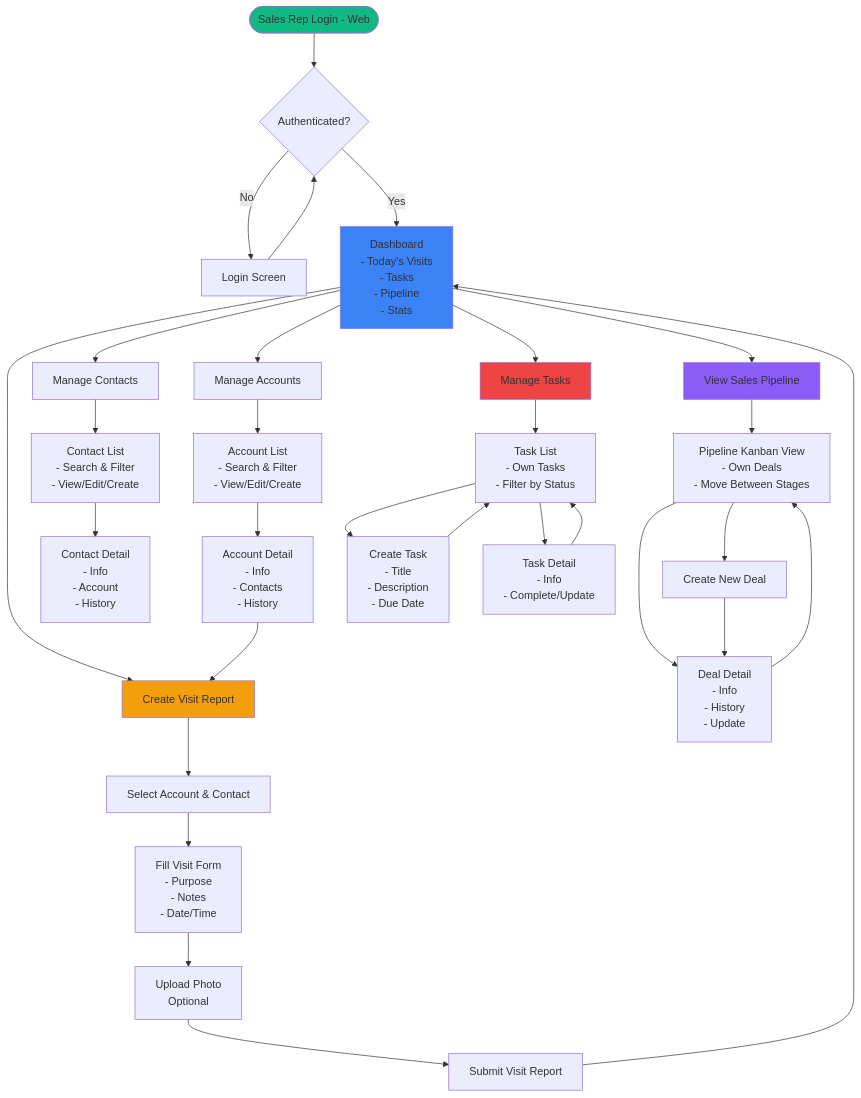
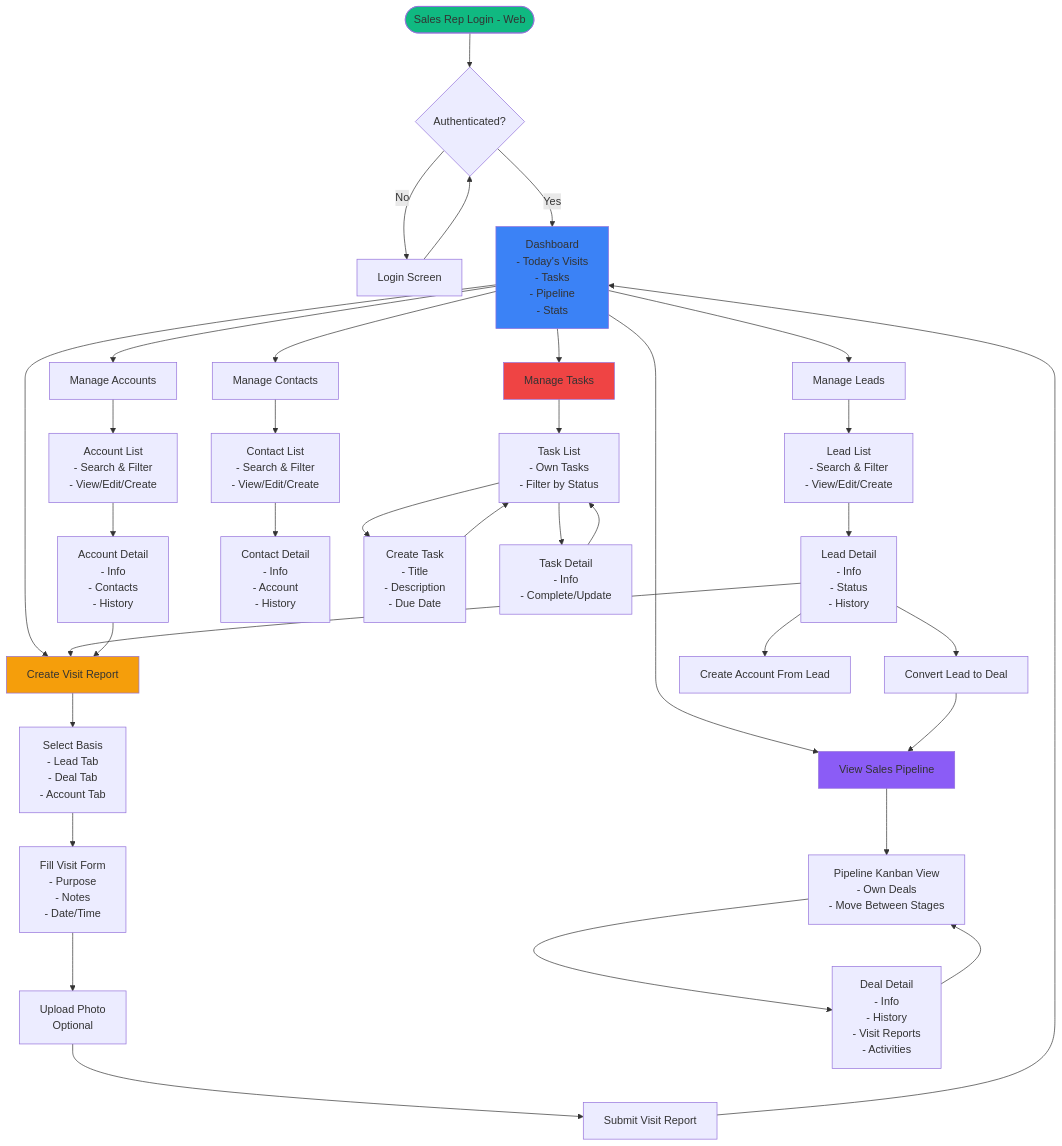
Before and after one commit to Gilabs-Studio/crm-healthcare: the fourth of 16 diagrams in docs/PROJECT_DIAGRAMS.md, drawn with Mermaid. The commit also changed other lines of this file and 3 other files, not shown here.

Commit message:
chore(docs): update PRD, project diagrams, and modules documentation to reflect version 2.1; enhance lead management details, visit report tracking, and API descriptions; ensure consistency across documentation for improved clarity and usability

````diff
--- a/docs/PROJECT_DIAGRAMS.md
+++ b/docs/PROJECT_DIAGRAMS.md
@@ -190,44 +198,50 @@
 ```mermaid
 flowchart TD
     START([Sales Rep Login - Web]) --> AUTH{Authenticated?}
     AUTH -->|No| LOGIN[Login Screen]
     LOGIN --> AUTH
     AUTH -->|Yes| DASHBOARD[Dashboard<br/>- Today's Visits<br/>- Tasks<br/>- Pipeline<br/>- Stats]
-    
+
+    DASHBOARD --> MANAGE_LEADS[Manage Leads]
     DASHBOARD --> MANAGE_ACCOUNTS[Manage Accounts]
     DASHBOARD --> MANAGE_CONTACTS[Manage Contacts]
     DASHBOARD --> CREATE_VISIT[Create Visit Report]
     DASHBOARD --> VIEW_PIPELINE[View Sales Pipeline]
     DASHBOARD --> MANAGE_TASKS[Manage Tasks]
-    
+
+    MANAGE_LEADS --> LEAD_LIST[Lead List<br/>- Search & Filter<br/>- View/Edit/Create]
+    LEAD_LIST --> LEAD_DETAIL[Lead Detail<br/>- Info<br/>- Status<br/>- History]
+    LEAD_DETAIL --> CONVERT_LEAD[Convert Lead to Deal]
+    LEAD_DETAIL --> CREATE_ACCOUNT[Create Account From Lead]
+    LEAD_DETAIL --> CREATE_VISIT
+    CONVERT_LEAD --> VIEW_PIPELINE
+
     MANAGE_ACCOUNTS --> ACCOUNT_LIST[Account List<br/>- Search & Filter<br/>- View/Edit/Create]
     ACCOUNT_LIST --> ACCOUNT_DETAIL[Account Detail<br/>- Info<br/>- Contacts<br/>- History]
     ACCOUNT_DETAIL --> CREATE_VISIT
-    
+
     MANAGE_CONTACTS --> CONTACT_LIST[Contact List<br/>- Search & Filter<br/>- View/Edit/Create]
     CONTACT_LIST --> CONTACT_DETAIL[Contact Detail<br/>- Info<br/>- Account<br/>- History]
-    
-    CREATE_VISIT --> SELECT_ACCOUNT[Select Account & Contact]
-    SELECT_ACCOUNT --> FILL_FORM[Fill Visit Form<br/>- Purpose<br/>- Notes<br/>- Date/Time]
+
+    CREATE_VISIT --> SELECT_BASIS[Select Basis<br/>- Lead Tab<br/>- Deal Tab<br/>- Account Tab]
+    SELECT_BASIS --> FILL_FORM[Fill Visit Form<br/>- Purpose<br/>- Notes<br/>- Date/Time]
     FILL_FORM --> UPLOAD_PHOTO[Upload Photo<br/>Optional]
     UPLOAD_PHOTO --> SUBMIT[Submit Visit Report]
     SUBMIT --> DASHBOARD
-    
+
     VIEW_PIPELINE --> PIPELINE_KANBAN[Pipeline Kanban View<br/>- Own Deals<br/>- Move Between Stages]
-    PIPELINE_KANBAN --> CREATE_DEAL[Create New Deal]
-    PIPELINE_KANBAN --> DEAL_DETAIL[Deal Detail<br/>- Info<br/>- History<br/>- Update]
-    CREATE_DEAL --> DEAL_DETAIL
+    PIPELINE_KANBAN --> DEAL_DETAIL[Deal Detail<br/>- Info<br/>- History<br/>- Visit Reports<br/>- Activities]
     DEAL_DETAIL --> PIPELINE_KANBAN
-    
+
     MANAGE_TASKS --> TASK_LIST[Task List<br/>- Own Tasks<br/>- Filter by Status]
     TASK_LIST --> CREATE_TASK[Create Task<br/>- Title<br/>- Description<br/>- Due Date]
     TASK_LIST --> TASK_DETAIL[Task Detail<br/>- Info<br/>- Complete/Update]
     CREATE_TASK --> TASK_LIST
     TASK_DETAIL --> TASK_LIST
-    
+
     style START fill:#10b981
     style DASHBOARD fill:#3b82f6
     style CREATE_VISIT fill:#f59e0b
     style VIEW_PIPELINE fill:#8b5cf6
     style MANAGE_TASKS fill:#ef4444
 ```
````
